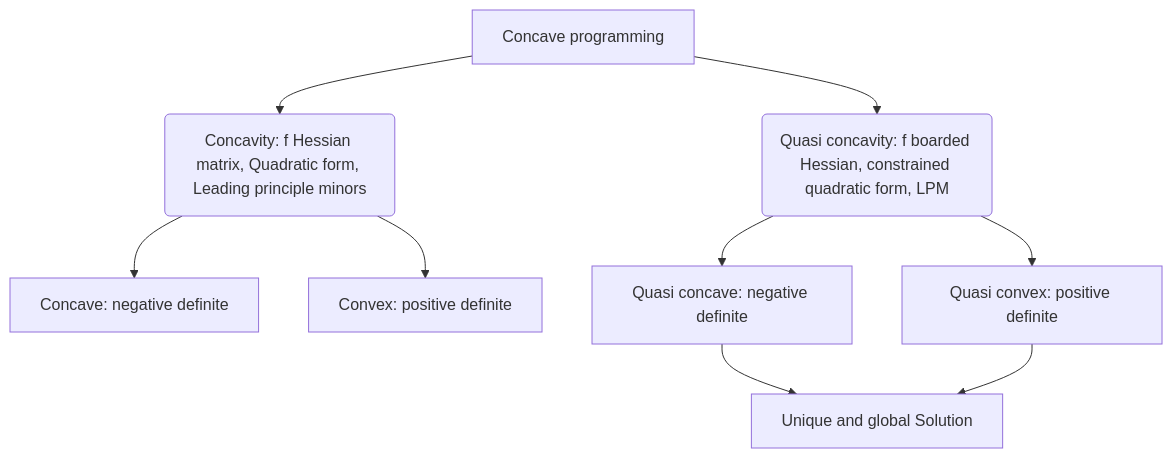
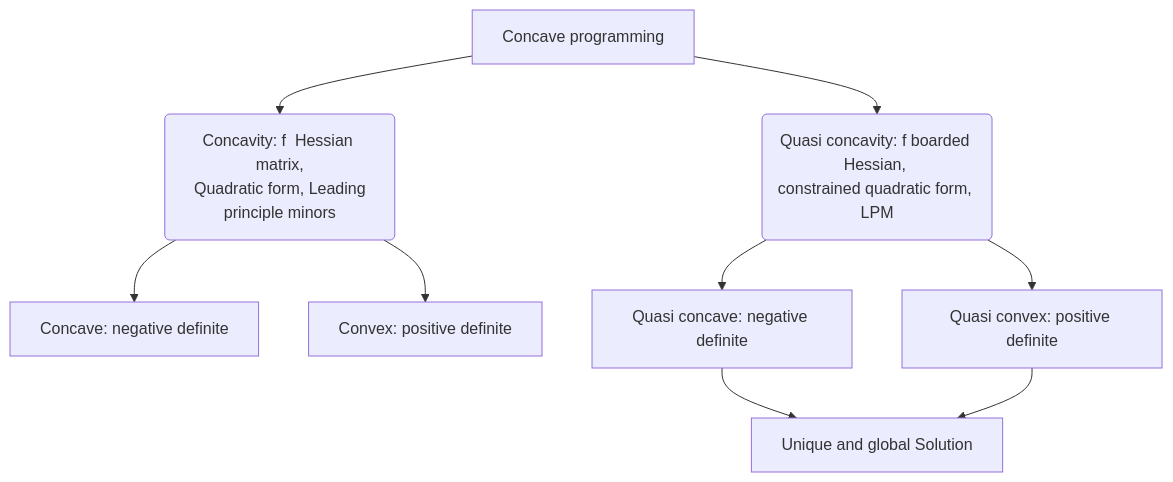
Before and after one commit to snowdj/great-waterfall: the second of 2 diagrams in _posts/2016-11-16-econ350-test8.md, drawn with Mermaid.

```diff
--- a/_posts/2016-11-16-econ350-test8.md
+++ b/_posts/2016-11-16-econ350-test8.md
@@ -33,11 +33,11 @@
 <div class="mermaid">
 graph TD
-    id1[Concave programming]-->id3(Concavity: f Hessian matrix, Quadratic form, Leading principle minors)
-    id1[Concave programming]-->id2(Quasi concavity: f boarded Hessian, constrained quadratic form, LPM)
+    id1[Concave programming]-->id3(Concavity: f  Hessian matrix,<br> Quadratic form, Leading principle minors)
+    id1[Concave programming]-->id2(Quasi concavity: f boarded Hessian, <br>constrained quadratic form, LPM)
     id3-->id7[Concave: negative definite]
     id3-->id8[Convex: positive definite]
     id2-->id5[Quasi concave: negative definite]
     id2-->id6[Quasi convex: positive definite]
     id5--> id9[Unique and global Solution]
     id6--> id9[Unique and global Solution]
  </div>
```
